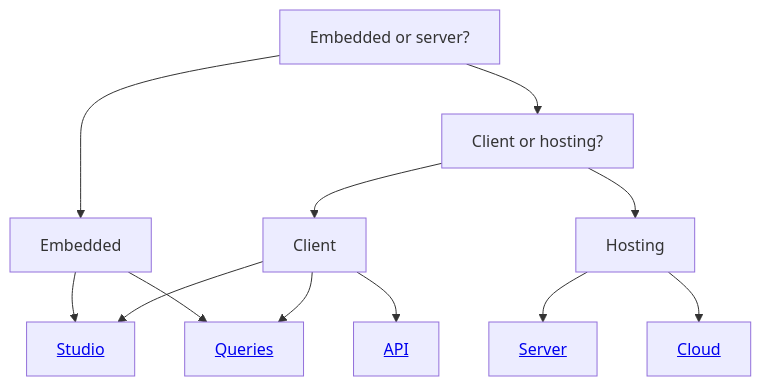
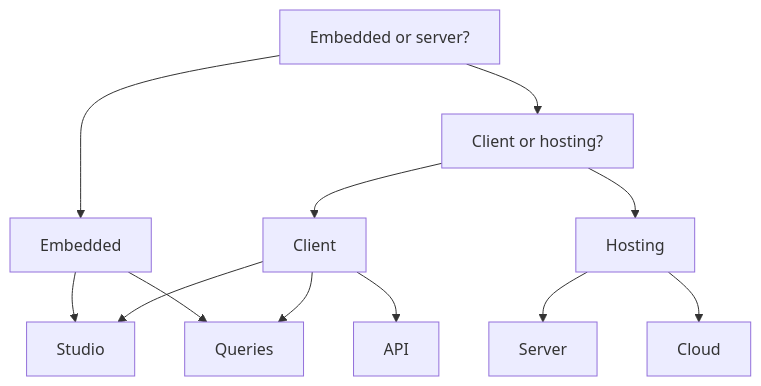
Before and after one commit to agnesoft/agdb: the diagram in README.md, drawn with Mermaid. The commit also changed other lines of this file and 1 other file, not shown here.

Commit message:
[docs] Fix mermaid links #1041 (#1043)
* fix diagram in readme

* add disclaimer

* Update README.md

* fix queries diagram

````diff
--- a/README.md
+++ b/README.md
@@ -173,14 +175,19 @@
 ```mermaid
 flowchart TD;
     A[Embedded or server?] --> Embedded
     A --> B[Client or hosting?]
-    Embedded --> Studio[<a href='https://github.com/agnesoft/agdb/blob/main/docs/studio.md'>Studio</a>]
-    Embedded --> Queries[<a href='https://github.com/agnesoft/agdb/blob/main/docs/queries.md'>Queries</a>]
+    Embedded --> Studio
+    Embedded --> Queries
     B --> Client
     B --> Hosting
-    Client --> API[<a href='https://github.com/agnesoft/agdb/blob/main/docs/api.md'>API</a>]
+    Client --> API
     Client --> Studio
     Client --> Queries
-    Hosting --> Server[<a href='https://github.com/agnesoft/agdb/blob/main/docs/server.md'>Server</a>]
-    Hosting --> Cloud[<a href='https://github.com/agnesoft/agdb/blob/main/docs/cloud.md'>Cloud</a>]
+    Hosting --> Server
+    Hosting --> Cloud
+    click Embedded "https://github.com/agnesoft/agdb/blob/main/docs/studio.md"
+    click Queries "https://github.com/agnesoft/agdb/blob/main/docs/queries.md"
+    click API "https://github.com/agnesoft/agdb/blob/main/docs/api.md"
+    click Hosting "https://github.com/agnesoft/agdb/blob/main/docs/server.md"
+    click Cloud "https://github.com/agnesoft/agdb/blob/main/docs/cloud.md"
 ```
````
